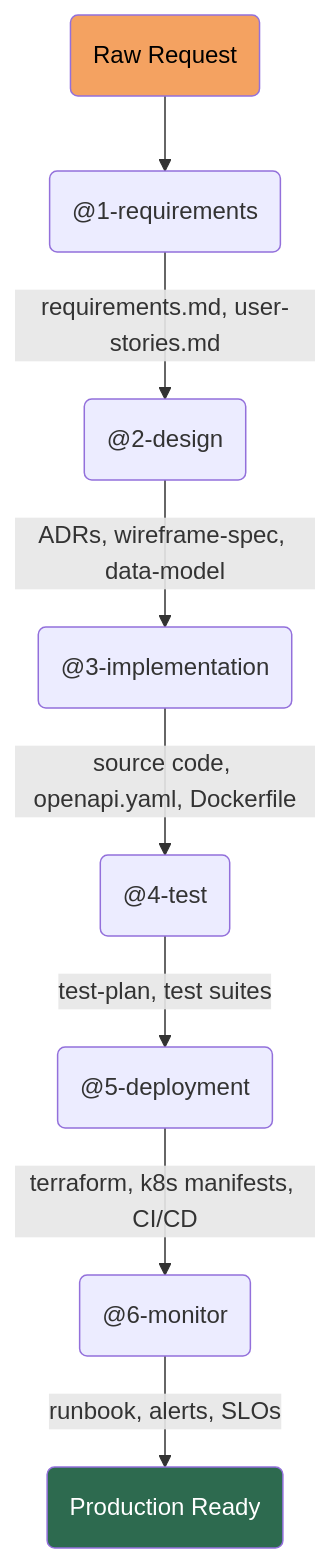
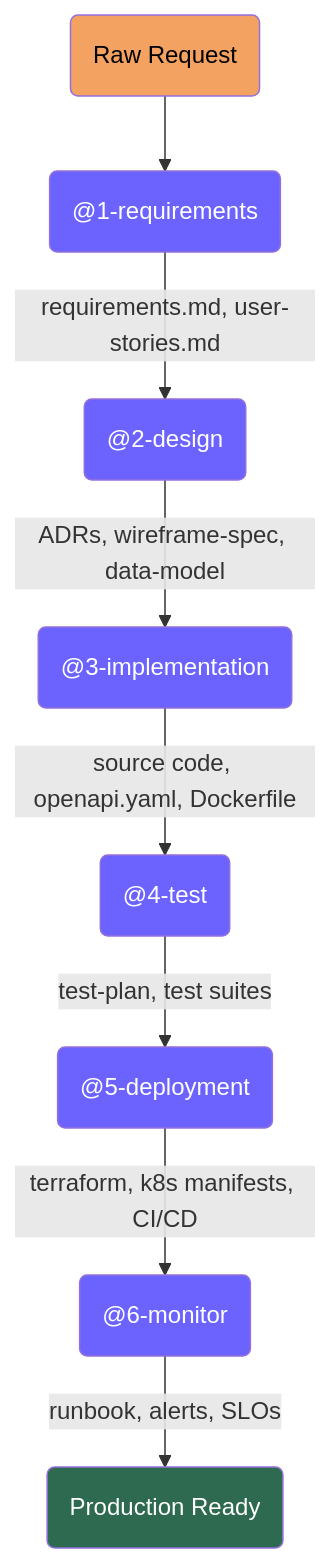
Before and after one commit to carpenike/demo-copilot-build-process: the diagram in README.md, drawn with Mermaid. The commit also changed other lines of this file, not shown here.

Commit message:
docs: color agent nodes and add legend to pipeline diagram
- Purple fill on all 6 agent nodes to visually distinguish them
- Legend below diagram explaining nodes are independent Copilot agents
- Links to agent definitions and full pipeline overview

````diff
--- a/README.md
+++ b/README.md
@@ -26,13 +26,19 @@
 ```mermaid
 flowchart TD
     INPUT(Raw Request) --> REQ("@1-requirements")
     REQ -- requirements.md, user-stories.md --> DES("@2-design")
     DES -- ADRs, wireframe-spec, data-model --> IMP("@3-implementation")
     IMP -- source code, openapi.yaml, Dockerfile --> TST("@4-test")
     TST -- test-plan, test suites --> DEP("@5-deployment")
     DEP -- terraform, k8s manifests, CI/CD --> MON("@6-monitor")
     MON -- runbook, alerts, SLOs --> DONE(Production Ready)
 
     style INPUT fill:#f4a261,color:#000
     style DONE fill:#2d6a4f,color:#fff
+    style REQ fill:#6c63ff,color:#fff
+    style DES fill:#6c63ff,color:#fff
+    style IMP fill:#6c63ff,color:#fff
+    style TST fill:#6c63ff,color:#fff
+    style DEP fill:#6c63ff,color:#fff
+    style MON fill:#6c63ff,color:#fff
 ```
````
